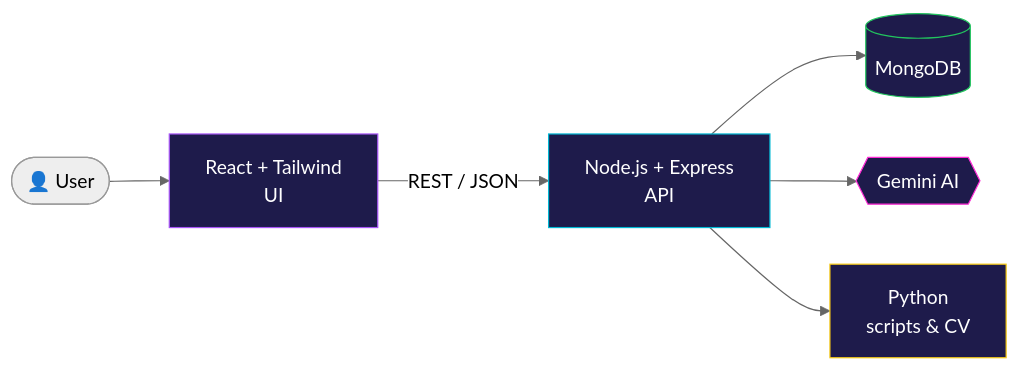
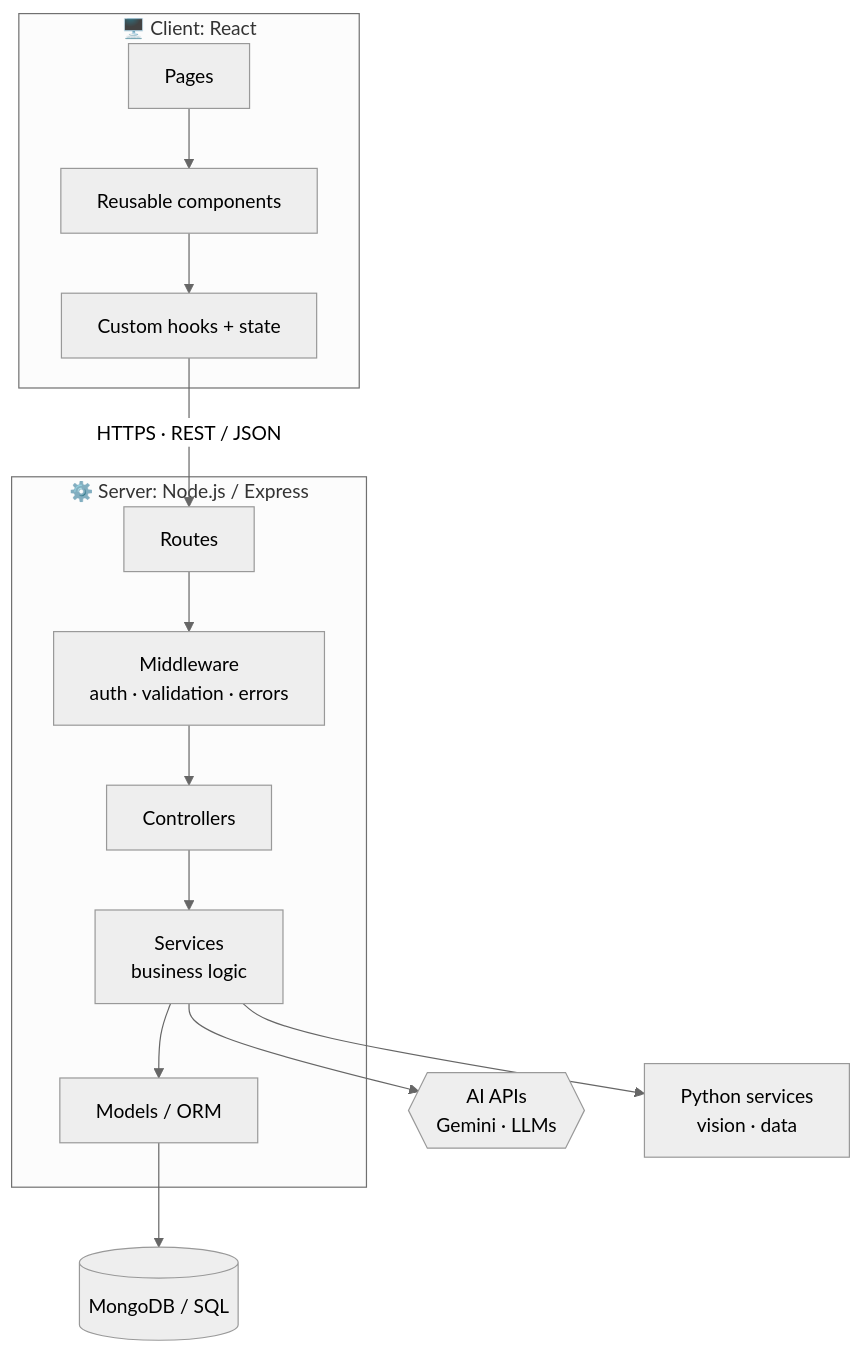
Before and after one commit to shivanjali24-03/shivanjali24-03: the first of 2 diagrams in README.md, drawn with Mermaid (neutral theme). The commit also changed other lines of this file, not shown here.

Commit message:
Add trending frameworks by skill level, architecture patterns and product lifecycle

````diff
--- a/README.md
+++ b/README.md
@@ -88,13 +145,17 @@
 ```mermaid
-flowchart LR
-    U([👤 User]) --> FE[React + Tailwind<br/>UI]
-    FE -- REST / JSON --> API[Node.js + Express<br/>API]
-    API --> DB[(MongoDB)]
-    API --> AI{{Gemini AI}}
-    API --> PY[Python<br/>scripts & CV]
-    style FE fill:#1e1b4b,stroke:#a855f7,color:#fff
-    style API fill:#1e1b4b,stroke:#00b8d4,color:#fff
-    style DB fill:#1e1b4b,stroke:#22c55e,color:#fff
-    style AI fill:#1e1b4b,stroke:#ff2bd6,color:#fff
-    style PY fill:#1e1b4b,stroke:#facc15,color:#fff
+flowchart TB
+    subgraph Client["🖥️ Client: React"]
+        P[Pages] --> C[Reusable components]
+        C --> H[Custom hooks + state]
+    end
+    subgraph Server["⚙️ Server: Node.js / Express"]
+        R[Routes] --> M[Middleware<br/>auth · validation · errors]
+        M --> CT[Controllers]
+        CT --> S[Services<br/>business logic]
+        S --> MD[Models / ORM]
+    end
+    H -- "HTTPS · REST / JSON" --> R
+    MD --> DB[(MongoDB / SQL)]
+    S --> AI{{AI APIs<br/>Gemini · LLMs}}
+    S --> PY[Python services<br/>vision · data]
 ```
````
